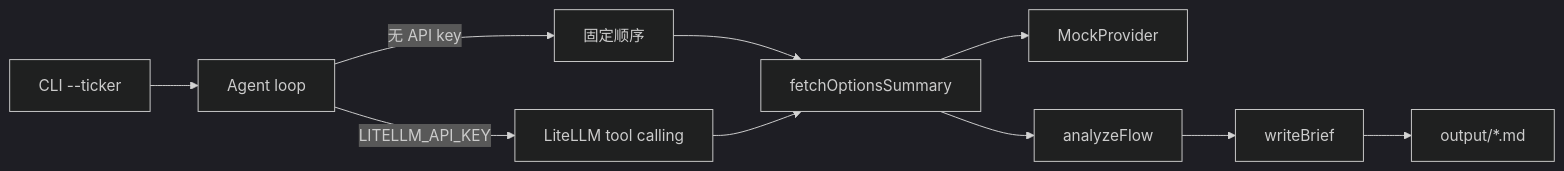
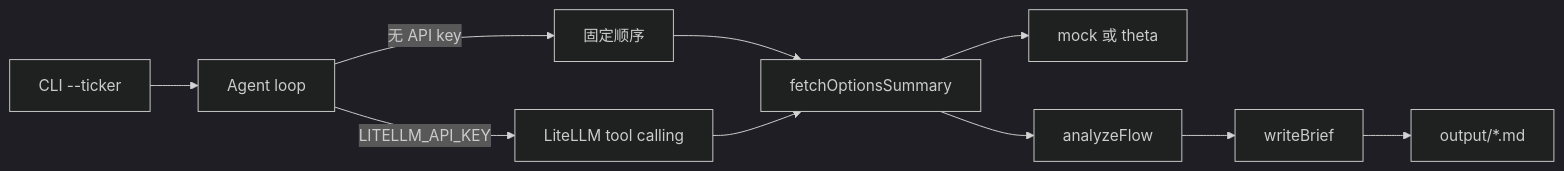
One commit to Steadylove/options-flow-agent changed the diagram in README.md. Above: the diagram before and after it, drawn with Mermaid (dark theme). The commit also changed other lines of this file and 9 other files, not shown here.

First line of the commit message:
feat: add ThetaProvider skeleton beside MockProvider

````diff
--- a/README.md
+++ b/README.md
@@ -39,12 +42,12 @@
 ```mermaid
 flowchart LR
   CLI["CLI --ticker"] --> Loop["Agent loop"]
   Loop -->|无 API key| Det["固定顺序"]
   Loop -->|LITELLM_API_KEY| LLM["LiteLLM tool calling"]
   Det --> Fetch["fetchOptionsSummary"]
   LLM --> Fetch
-  Fetch --> Mock["MockProvider"]
+  Fetch --> Provider["mock 或 theta"]
   Fetch --> Analyze["analyzeFlow"]
   Analyze --> Write["writeBrief"]
   Write --> MD["output/*.md"]
 ```
````
